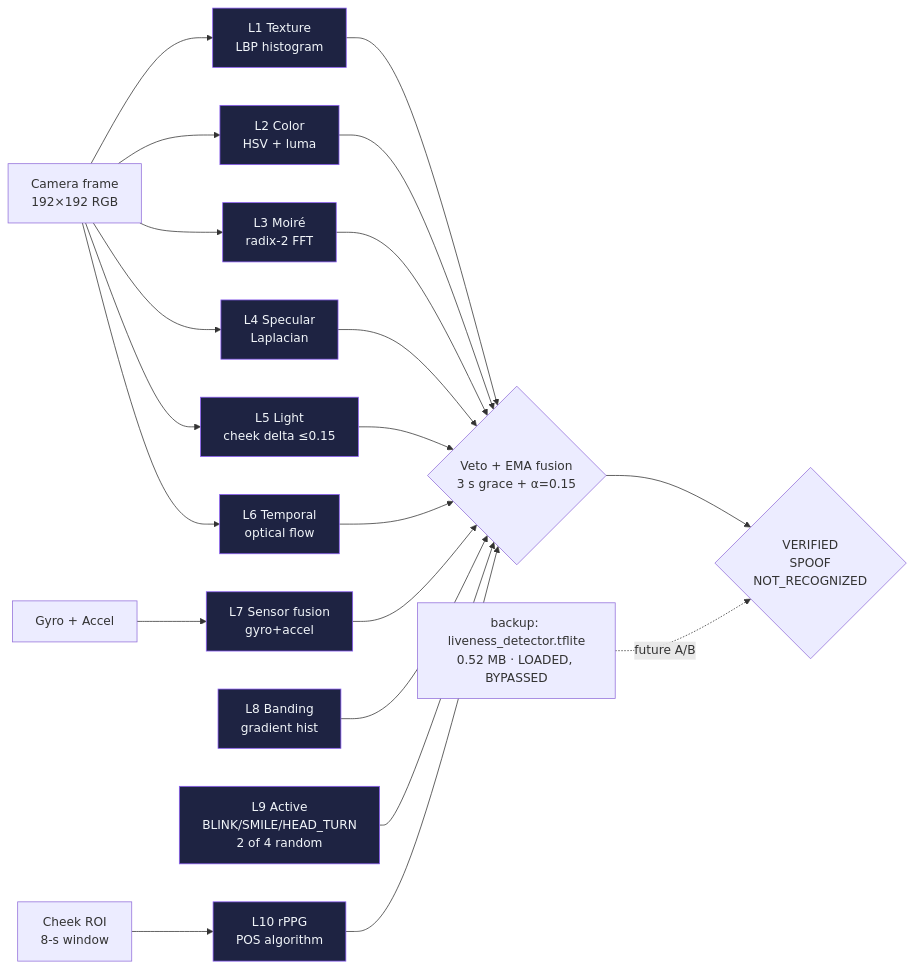
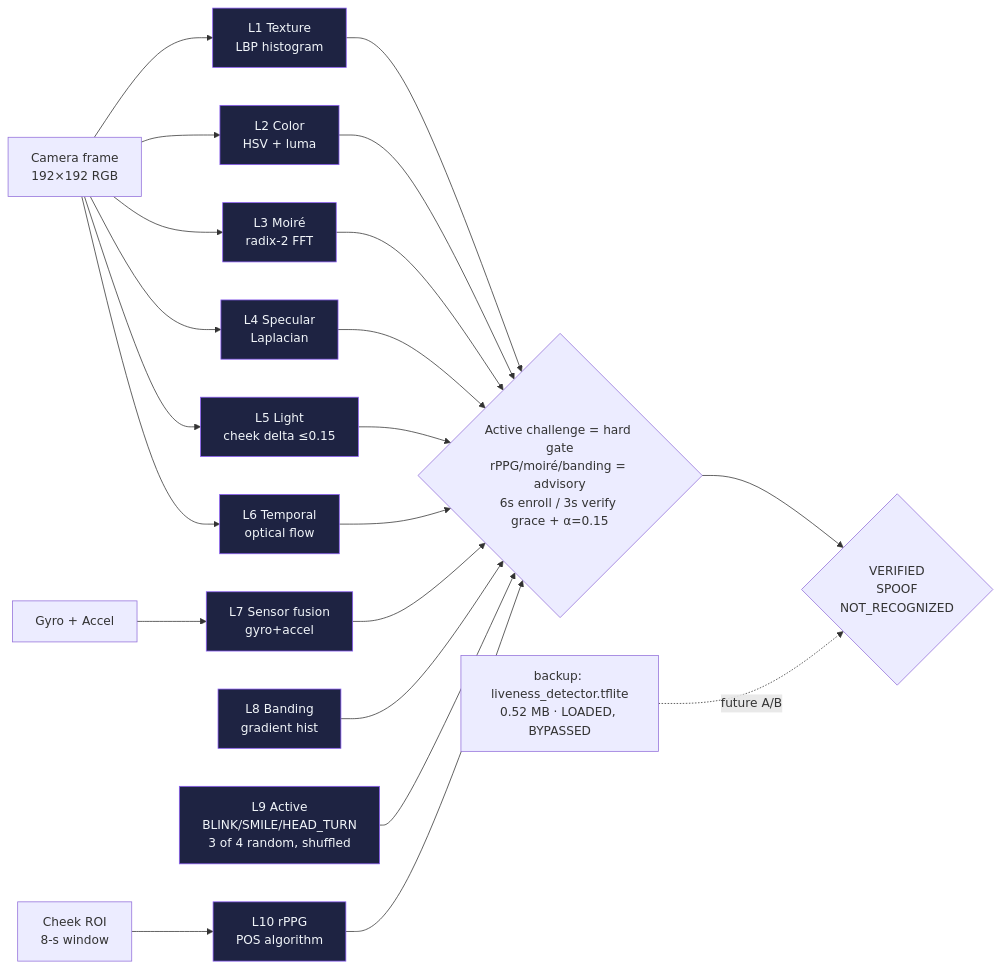
One commit to krsnaSuraj/NetraEdge changed the diagram in submission/HACKATHON_SUBMISSION.md. Above: the diagram before and after it, drawn with Mermaid. The commit also changed other lines of this file and 8 other files, not shown here.

````diff
--- a/submission/HACKATHON_SUBMISSION.md
+++ b/submission/HACKATHON_SUBMISSION.md
@@ -84,32 +84,32 @@
 ```mermaid
 flowchart LR
     FRAME[Camera frame\n192×192 RGB] --> L1
     FRAME --> L2
     FRAME --> L3
     FRAME --> L4
     FRAME --> L5
     FRAME --> L6
     L1["L1 Texture\nLBP histogram"]:::alg
     L2["L2 Color\nHSV + luma"]:::alg
     L3["L3 Moiré\nradix-2 FFT"]:::alg
     L4["L4 Specular\nLaplacian"]:::alg
     L5["L5 Light\ncheek delta ≤0.15"]:::alg
     L6["L6 Temporal\noptical flow"]:::alg
     SENS[Gyro + Accel] --> L7["L7 Sensor fusion\ngyro+accel"]:::alg
     L8["L8 Banding\ngradient hist"]:::alg
-    L9["L9 Active\nBLINK/SMILE/HEAD_TURN\n2 of 4 random"]:::alg
+    L9["L9 Active\nBLINK/SMILE/HEAD_TURN\n3 of 4 random, shuffled"]:::alg
     ROI[Cheek ROI\n8-s window] --> L10["L10 rPPG\nPOS algorithm"]:::alg
-    L1 --> FUS{Veto + EMA fusion\n3 s grace + α=0.15}
+    L1 --> FUS{Active challenge = hard gate\nrPPG/moiré/banding = advisory\n6s enroll / 3s verify grace + α=0.15}
     L2 --> FUS
     L3 --> FUS
     L4 --> FUS
     L5 --> FUS
     L6 --> FUS
     L7 --> FUS
     L8 --> FUS
     L9 --> FUS
     L10 --> FUS
     FUS --> DEC{VERIFIED\nSPOOF\nNOT_RECOGNIZED}
     BAK[backup: liveness_detector.tflite\n0.52 MB · LOADED, BYPASSED] -.future A/B.-> DEC
     classDef alg fill:#1E2342,stroke:#8B5CF6,color:#F1F5F9,stroke-width:1px;
 ```
````
